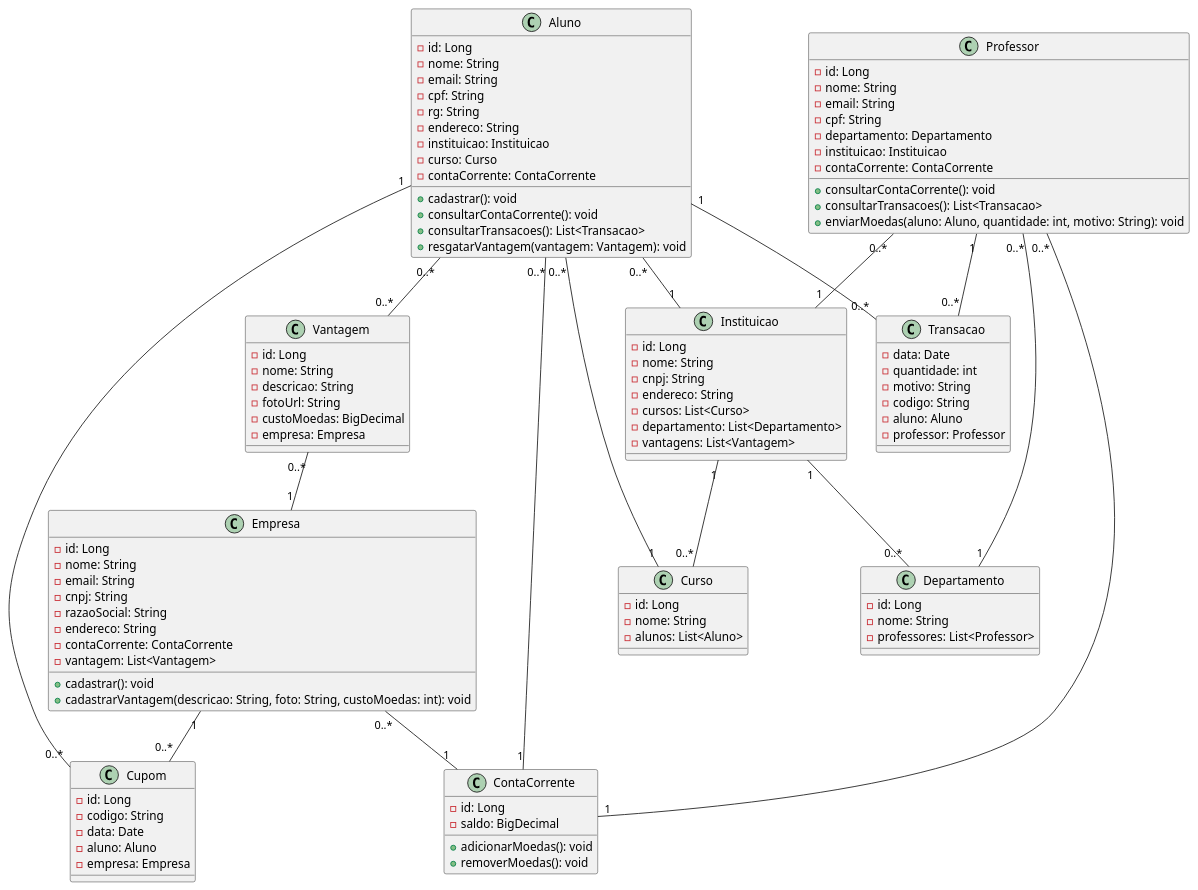
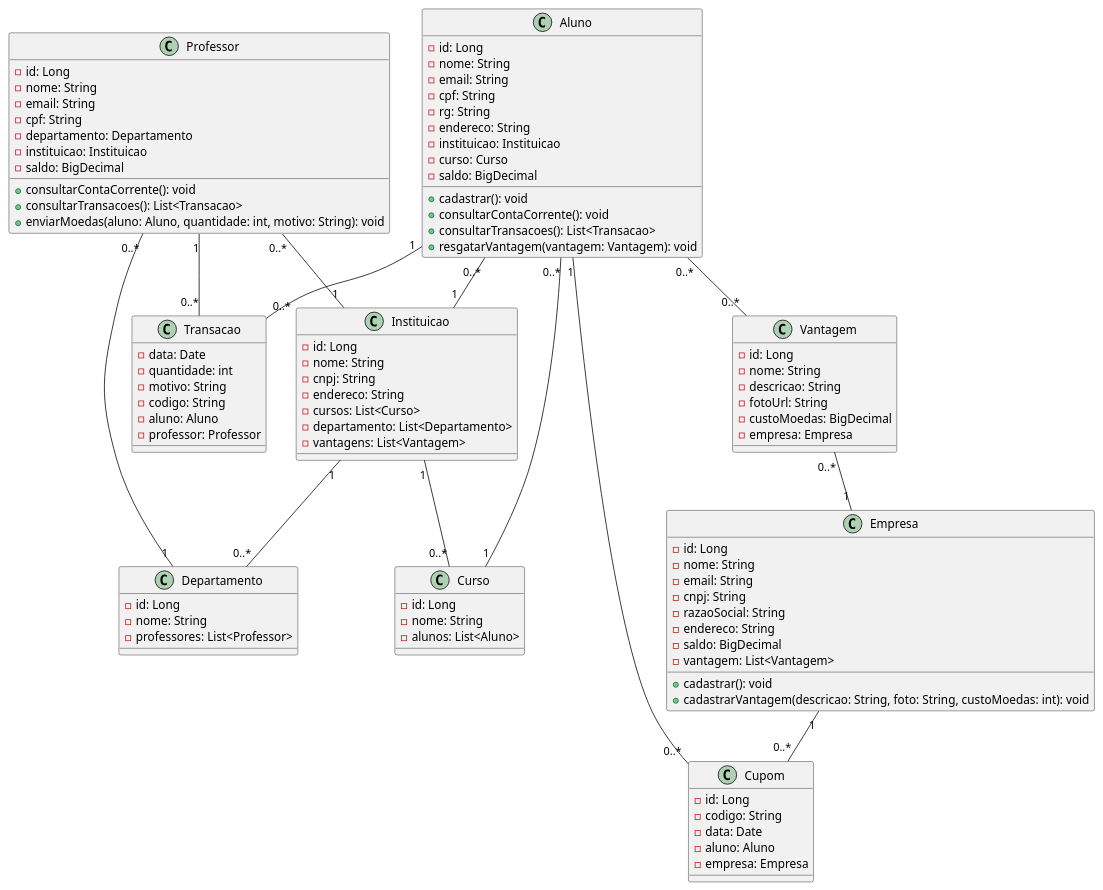
Before and after one commit to JoaoYM/Lab03_LDS: the diagram in projeto/Diagrama de Classes/Diagrama_de_Classe.puml, drawn with PlantUML. The commit also changed 2 other files, not shown here.

Commit message:
Diagramas corrigidos

```diff
--- a/projeto/Diagrama de Classes/Diagrama_de_Classe.puml
+++ b/projeto/Diagrama de Classes/Diagrama_de_Classe.puml
@@ -1,115 +1,106 @@
 @startuml
 class Aluno {
   -id: Long
   -nome: String
   -email: String
   -cpf: String
   -rg: String
   -endereco: String
   -instituicao: Instituicao
   -curso: Curso
-  -contaCorrente: ContaCorrente
+  -saldo: BigDecimal
   +cadastrar(): void
   +consultarContaCorrente(): void
   +consultarTransacoes(): List<Transacao>
   +resgatarVantagem(vantagem: Vantagem): void
 }
 
 class Professor {
   -id: Long
   -nome: String
   -email: String
   -cpf: String
   -departamento: Departamento
   -instituicao: Instituicao
-  -contaCorrente: ContaCorrente
+  -saldo: BigDecimal
   +consultarContaCorrente(): void
   +consultarTransacoes(): List<Transacao>
   +enviarMoedas(aluno: Aluno, quantidade: int, motivo: String): void
 }
 
 class Instituicao {
   -id: Long
   -nome: String
   -cnpj: String
   -endereco: String
   -cursos: List<Curso>
   -departamento: List<Departamento>
   -vantagens: List<Vantagem>
 }
 
 class Curso {
   -id: Long
   -nome: String
   -alunos: List<Aluno>
 }
 
 class Departamento {
   -id: Long
   -nome: String
   -professores: List<Professor>
 }
 
 class Vantagem {
   -id: Long
   -nome: String
   -descricao: String
   -fotoUrl: String
   -custoMoedas: BigDecimal
   -empresa: Empresa
 }
 
 class Empresa {
   -id: Long
   -nome: String
   -email: String
   -cnpj: String
   -razaoSocial: String
   -endereco: String
-  -contaCorrente: ContaCorrente
+  -saldo: BigDecimal
   -vantagem: List<Vantagem>
   +cadastrar(): void
   +cadastrarVantagem(descricao: String, foto: String, custoMoedas: int): void
 }
 
-class ContaCorrente {
-  -id: Long
-  -saldo: BigDecimal
-  +adicionarMoedas(): void
-  +removerMoedas(): void
-}
 
 class Transacao {
   -data: Date
   -quantidade: int
   -motivo: String
   -codigo: String
   -aluno: Aluno
   -professor: Professor
 }
 
 class Cupom {
   -id: Long
   -codigo: String
   -data: Date
   -aluno: Aluno
   -empresa: Empresa
 }
 
 Aluno "0..*" -- "1" Instituicao
 Professor "0..*" -- "1" Instituicao
 Professor "1" -- "0..*" Transacao 
 Aluno "1" -- "0..*" Transacao
 Aluno "0..*" -- "0..*" Vantagem
 Vantagem "0..*" -- "1" Empresa
-Professor "0..*" -- "1" ContaCorrente
-Aluno "0..*" -- "1" ContaCorrente
-Empresa "0..*" -- "1" ContaCorrente
 Aluno "0..*" -- "1" Curso
 Instituicao "1" -- "0..*" Curso
 Aluno "1" -- "0..*" Cupom
 Empresa "1" -- "0..*" Cupom
 Professor "0..*" -- "1" Departamento
 Instituicao "1" -- "0..*" Departamento
 
 @enduml
```
